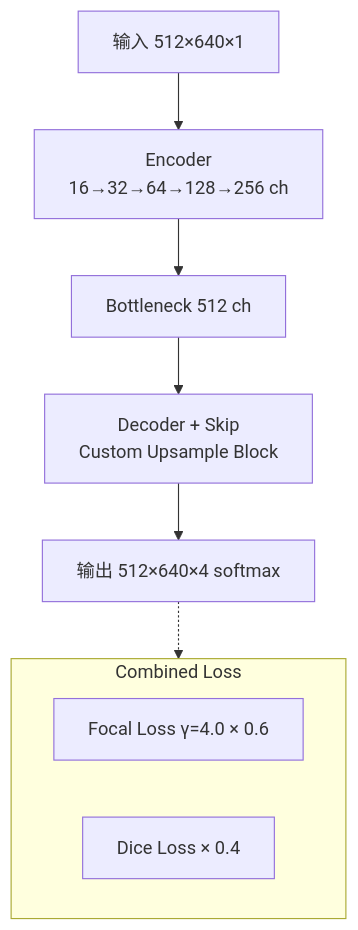
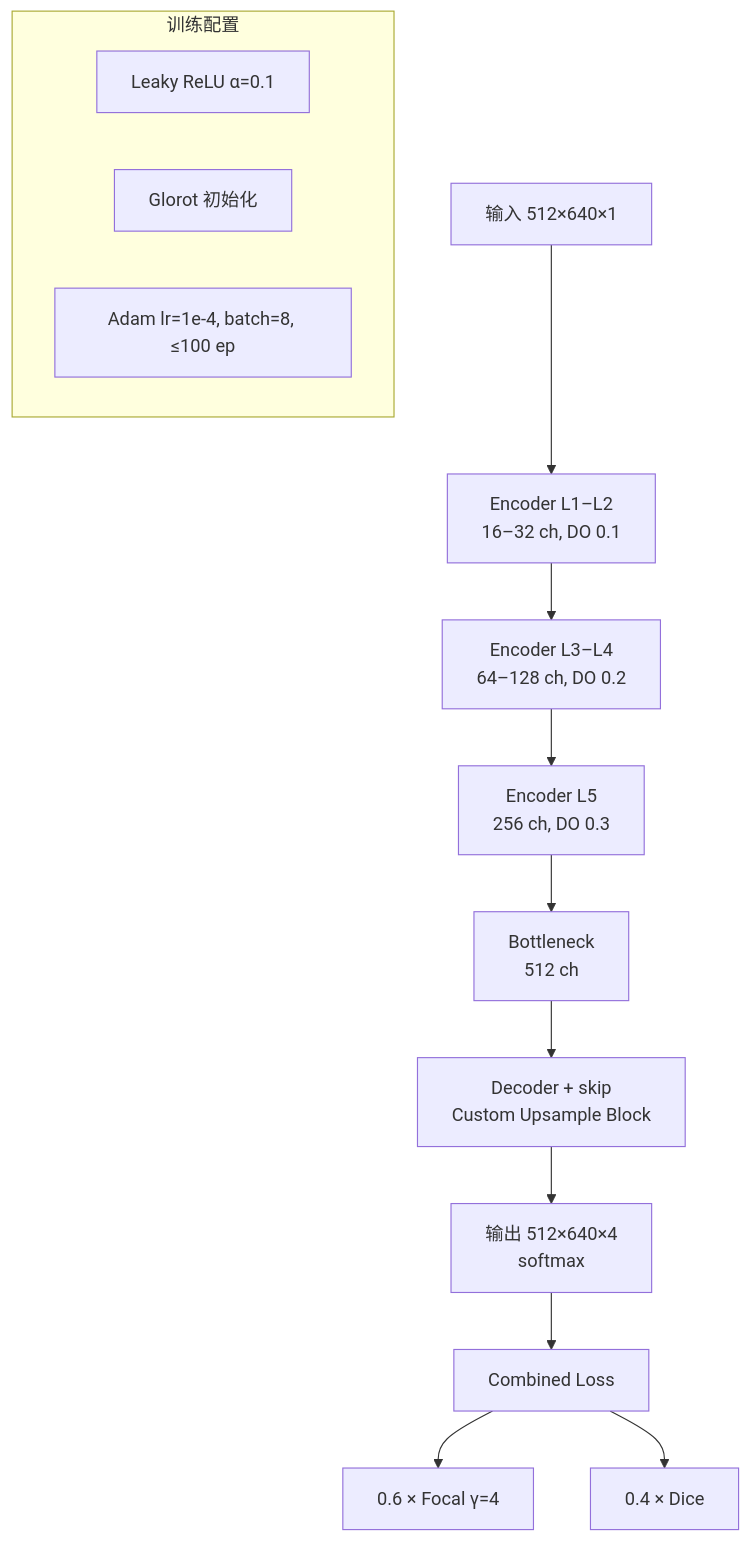
One commit to Sol-momma/LumbarSeg changed the sixth of 12 diagrams in README.zh-CN.md. Above: the diagram before and after it, drawn with Mermaid. The commit also changed other lines of this file and 5 other files, not shown here.

First line of the commit message:
docs: READMEの説明図をMermaidに統一

````diff
--- a/README.zh-CN.md
+++ b/README.zh-CN.md
@@ -97,13 +128,19 @@
 ```mermaid
 flowchart TB
-  IN["输入 512×640×1"] --> ENC["Encoder<br/>16→32→64→128→256 ch"]
-  ENC --> BOT["Bottleneck 512 ch"]
-  BOT --> DEC["Decoder + Skip<br/>Custom Upsample Block"]
-  DEC --> OUT["输出 512×640×4 softmax"]
+  IN["输入 512×640×1"] --> E1["Encoder L1–L2<br/>16–32 ch, DO 0.1"]
+  E1 --> E2["Encoder L3–L4<br/>64–128 ch, DO 0.2"]
+  E2 --> E3["Encoder L5<br/>256 ch, DO 0.3"]
+  E3 --> BOT["Bottleneck<br/>512 ch"]
+  BOT --> D1["Decoder + skip<br/>Custom Upsample Block"]
+  D1 --> OUT["输出 512×640×4<br/>softmax"]
 
-  subgraph loss["Combined Loss"]
-    L1["Focal Loss γ=4.0 × 0.6"]
-    L2["Dice Loss × 0.4"]
+  OUT --> LOSS["Combined Loss"]
+  LOSS --> F["0.6 × Focal γ=4"]
+  LOSS --> D["0.4 × Dice"]
+
+  subgraph train_cfg["训练配置"]
+    A["Leaky ReLU α=0.1"]
+    G["Glorot 初始化"]
+    O["Adam lr=1e-4, batch=8, ≤100 ep"]
   end
-  OUT -.-> loss
 ```
````
